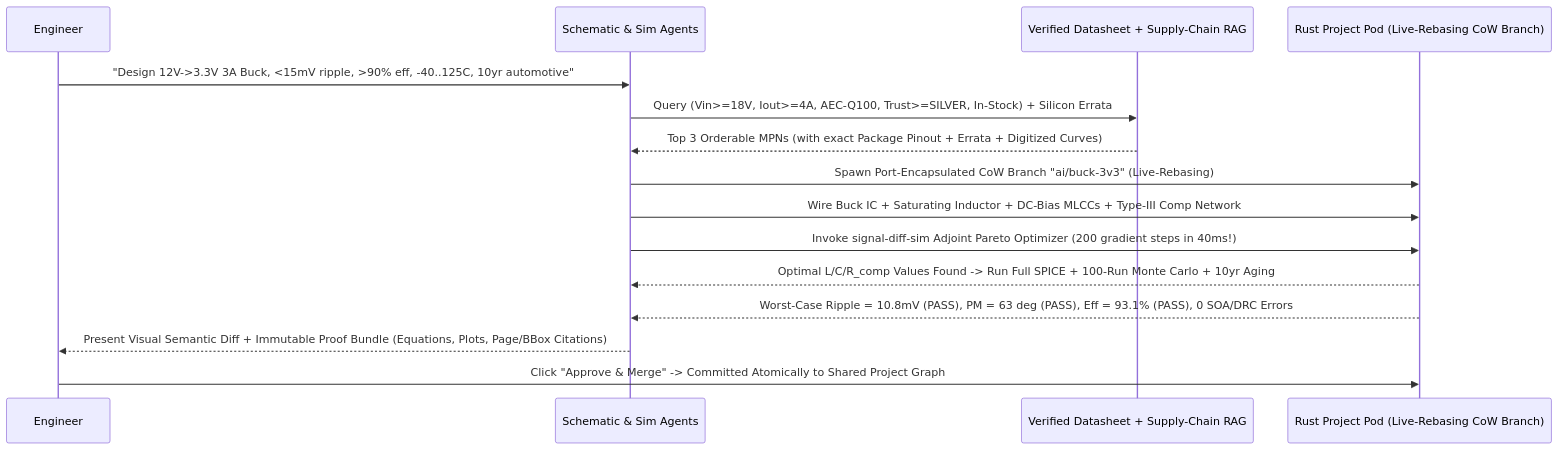
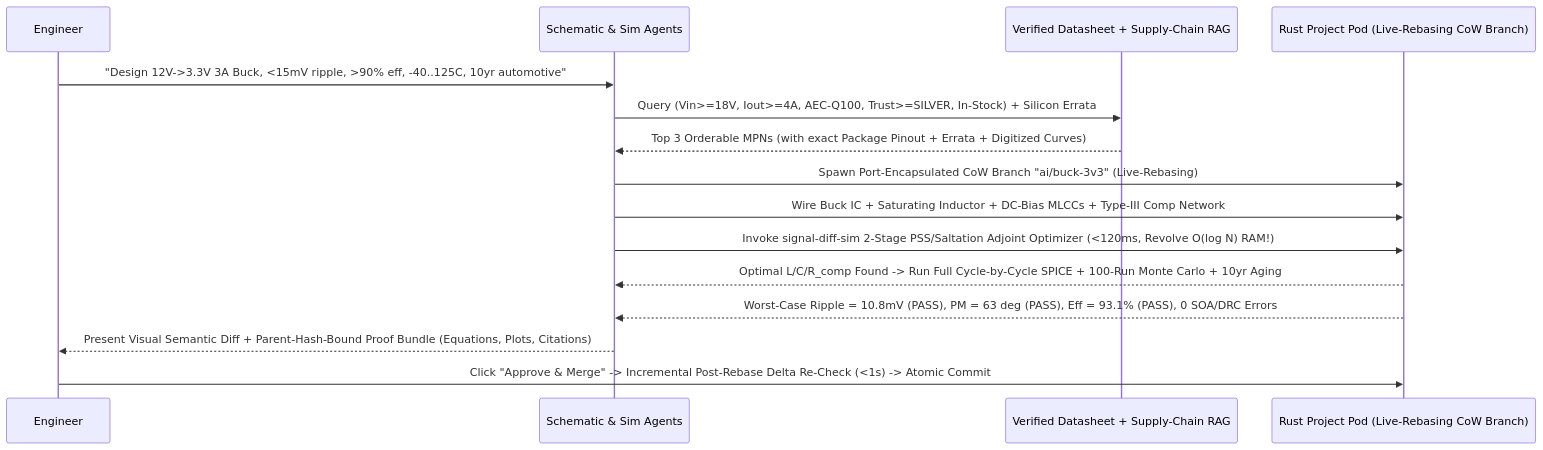
Before and after one commit to the-code-master/signal: the second of 2 diagrams in architecture/05-ai-agent-and-datasheet-rag.md, drawn with Mermaid. The commit also changed other lines of this file and 21 other files, not shown here.

Commit message:
docs: complete deep first-principles architecture vetting (F-113..F-148) and 2-pass scrub

````diff
--- a/architecture/05-ai-agent-and-datasheet-rag.md
+++ b/architecture/05-ai-agent-and-datasheet-rag.md
@@ -82,18 +82,18 @@
 ```mermaid
 sequenceDiagram
     participant Eng as Engineer
     participant Agent as Schematic & Sim Agents
     participant RAG as Verified Datasheet + Supply-Chain RAG
     participant Pod as Rust Project Pod (Live-Rebasing CoW Branch)
 
     Eng->>Agent: "Design 12V->3.3V 3A Buck, <15mV ripple, >90% eff, -40..125C, 10yr automotive"
     Agent->>RAG: Query (Vin>=18V, Iout>=4A, AEC-Q100, Trust>=SILVER, In-Stock) + Silicon Errata
     RAG-->>Agent: Top 3 Orderable MPNs (with exact Package Pinout + Errata + Digitized Curves)
     Agent->>Pod: Spawn Port-Encapsulated CoW Branch "ai/buck-3v3" (Live-Rebasing)
     Agent->>Pod: Wire Buck IC + Saturating Inductor + DC-Bias MLCCs + Type-III Comp Network
-    Agent->>Pod: Invoke signal-diff-sim Adjoint Pareto Optimizer (200 gradient steps in 40ms!)
-    Pod-->>Agent: Optimal L/C/R_comp Values Found -> Run Full SPICE + 100-Run Monte Carlo + 10yr Aging
+    Agent->>Pod: Invoke signal-diff-sim 2-Stage PSS/Saltation Adjoint Optimizer (<120ms, Revolve O(log N) RAM!)
+    Pod-->>Agent: Optimal L/C/R_comp Found -> Run Full Cycle-by-Cycle SPICE + 100-Run Monte Carlo + 10yr Aging
     Pod-->>Agent: Worst-Case Ripple = 10.8mV (PASS), PM = 63 deg (PASS), Eff = 93.1% (PASS), 0 SOA/DRC Errors
-    Agent-->>Eng: Present Visual Semantic Diff + Immutable Proof Bundle (Equations, Plots, Page/BBox Citations)
-    Eng->>Pod: Click "Approve & Merge" -> Committed Atomically to Shared Project Graph
+    Agent-->>Eng: Present Visual Semantic Diff + Parent-Hash-Bound Proof Bundle (Equations, Plots, Citations)
+    Eng->>Pod: Click "Approve & Merge" -> Incremental Post-Rebase Delta Re-Check (<1s) -> Atomic Commit
 ```
````
